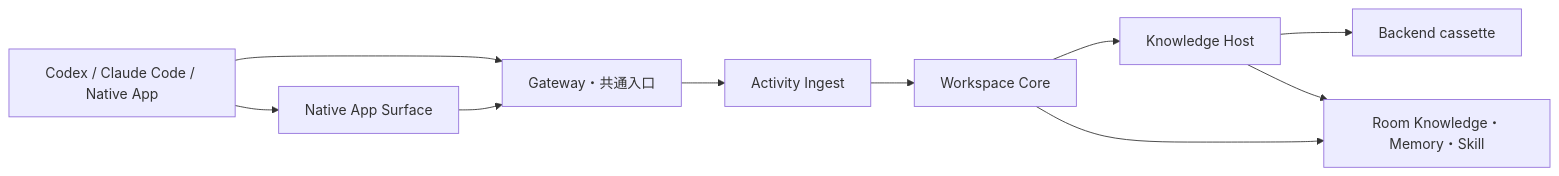
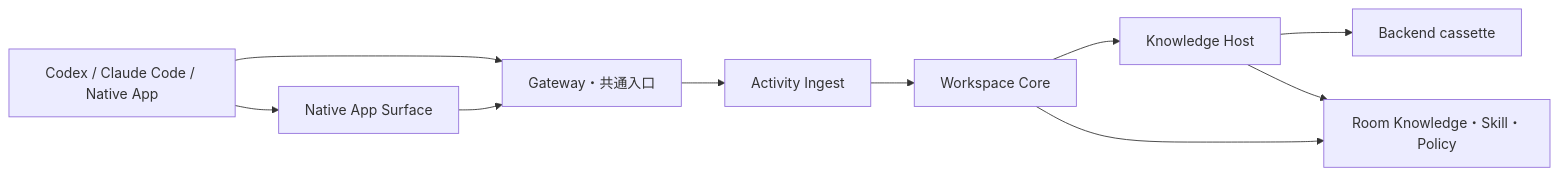
Before and after one commit to Takuma-kaho/Samurai-Agent: the diagram in PRINCIPLES.md, drawn with Mermaid. The commit also changed other lines of this file and 36 other files, not shown here.

```diff
--- a/PRINCIPLES.md
+++ b/PRINCIPLES.md
@@ -153,21 +162,21 @@
 ~~~mermaid
 flowchart LR
   Apps["Codex / Claude Code / Native App"]
   Gateway["Gateway・共通入口"]
   Ingest["Activity Ingest"]
   Core["Workspace Core"]
   Host["Knowledge Host"]
   Cassette["Backend cassette"]
-  Knowledge["Room Knowledge・Memory・Skill"]
+  Knowledge["Room Knowledge・Skill・Policy"]
   Surface["Native App Surface"]
 
   Apps --> Gateway
   Gateway --> Ingest
   Ingest --> Core
   Core --> Host
   Host --> Cassette
   Host --> Knowledge
   Core --> Knowledge
   Apps --> Surface
   Surface --> Gateway
 ~~~
```
